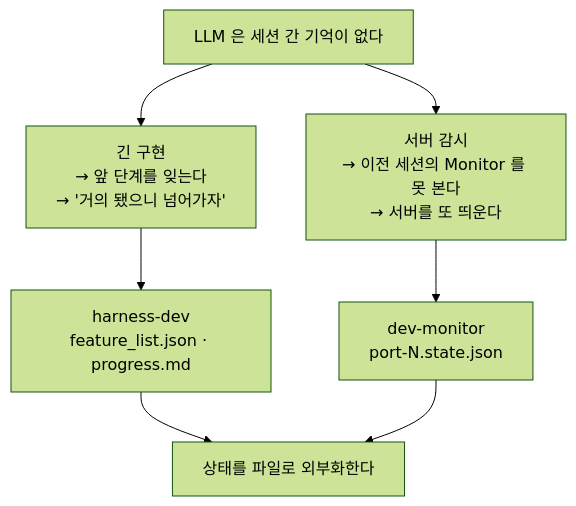
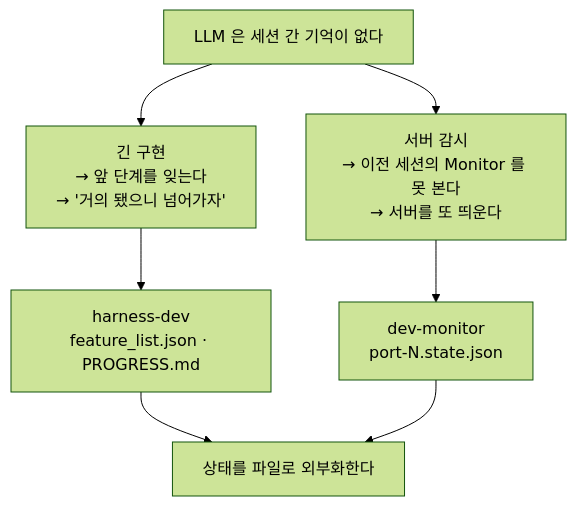
Before and after one commit to kbk109-dev/kbk109-plugins-marketplace: the first of 3 diagrams in docs/guide/harness-devkit.md, drawn with Mermaid (forest theme). The commit also changed other lines of this file and 1 other file, not shown here.

Commit message:
docs: harness-devkit 가이드 도식에 에이전트 개별 표시

````diff
--- a/docs/guide/harness-devkit.md
+++ b/docs/guide/harness-devkit.md
@@ -33,10 +33,10 @@
 ```mermaid
 flowchart TB
   L["LLM 은 세션 간 기억이 없다"]
   L --> A["긴 구현<br/>→ 앞 단계를 잊는다<br/>→ '거의 됐으니 넘어가자'"]
   L --> B["서버 감시<br/>→ 이전 세션의 Monitor 를 못 본다<br/>→ 서버를 또 띄운다"]
-  A --> HD["harness-dev<br/>feature_list.json · progress.md"]
+  A --> HD["harness-dev<br/>feature_list.json · PROGRESS.md"]
   B --> DM["dev-monitor<br/>port-N.state.json"]
   HD --> S["상태를 파일로 외부화한다"]
   DM --> S
 ```
````
